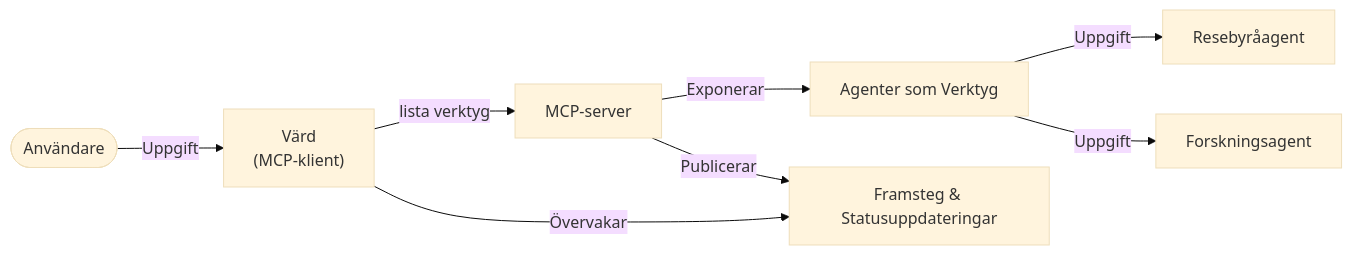
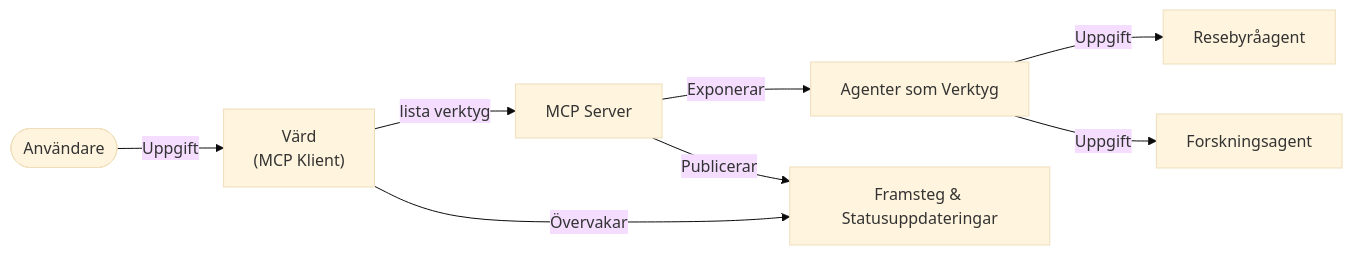
Before and after one commit to gabrielmoreira/agent-skills-mirror: the fifth of 5 diagrams in mirrors/repos/microsoft@ai-agents-for-beginners/translations/sv/11-agentic-protocols/code_samples/mcp-agents/README.md, drawn with Mermaid (base theme). The commit also changed other lines of this file and 4262 other files, not shown here.

````diff
--- a/mirrors/repos/microsoft@ai-agents-for-beginners/translations/sv/11-agentic-protocols/code_samples/mcp-agents/README.md
+++ b/mirrors/repos/microsoft@ai-agents-for-beginners/translations/sv/11-agentic-protocols/code_samples/mcp-agents/README.md
@@ -433,15 +448,15 @@
 ```mermaid
 graph LR
-    User([Användare]) -->|"Uppgift"| Host["Värd<br/>(MCP-klient)"]
-    Host -->|lista verktyg| Server[MCP-server]
+    User([Användare]) -->|"Uppgift"| Host["Värd<br/>(MCP Klient)"]
+    Host -->|lista verktyg| Server[MCP Server]
     Server -->|Exponerar| AgentsTools[Agenter som Verktyg]
     AgentsTools -->|Uppgift| AgentA[Resebyråagent]
     AgentsTools -->|Uppgift| AgentB[Forskningsagent]
 
     Host -->|Övervakar| StateUpdates[Framsteg & Statusuppdateringar]
     Server -->|Publicerar| StateUpdates
 
     class User user;
     class AgentA,AgentB agent;
     class Host,Server,StateUpdates core;
 ```
````
